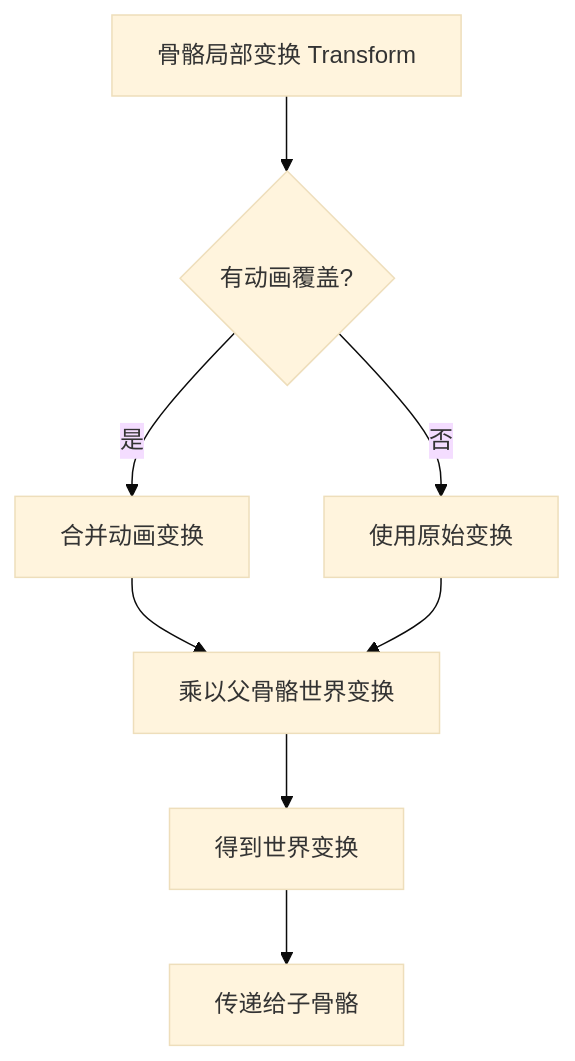
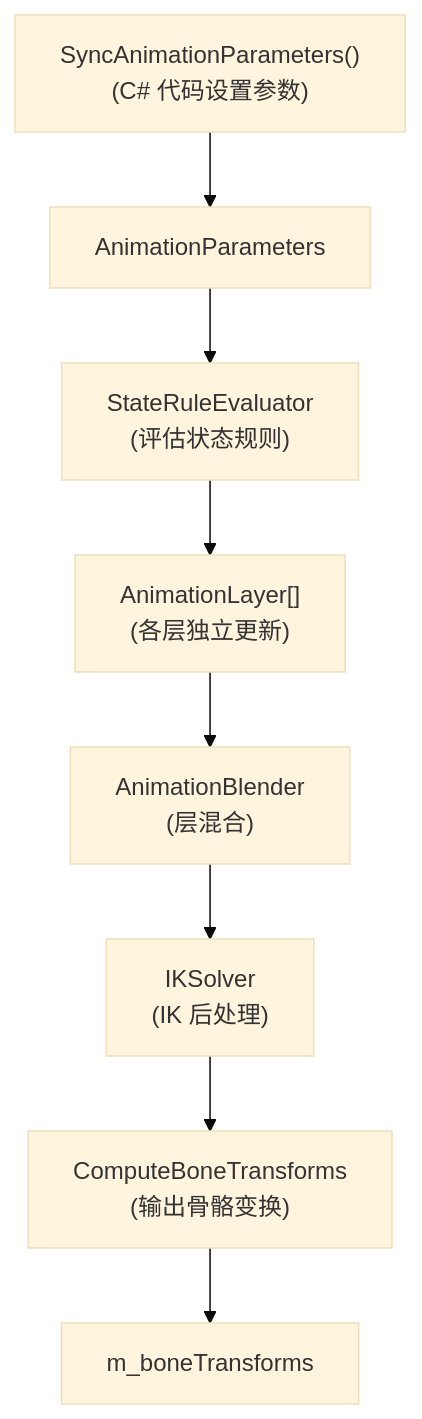
The fifth of 8 diagrams in docs/CreatureModelSystem.md (YYLMZXC/SurvivalCraftAPI), drawn with Mermaid (base theme) before and after one commit. The commit also changed other lines of this file and 3 other files, not shown here.

````diff
--- a/docs/CreatureModelSystem.md
+++ b/docs/CreatureModelSystem.md
@@ -471,10 +552,10 @@
 ```mermaid
 flowchart TD
-    A[骨骼局部变换 Transform] --> B{有动画覆盖?}
-    B -- 是 --> C[合并动画变换]
-    B -- 否 --> D[使用原始变换]
-    C --> E[乘以父骨骼世界变换]
-    D --> E
-    E --> F[得到世界变换]
-    F --> G[传递给子骨骼]
+    A["SyncAnimationParameters()<br/>(C# 代码设置参数)"] --> B["AnimationParameters"]
+    B --> C["StateRuleEvaluator<br/>(评估状态规则)"]
+    C --> D["AnimationLayer[]<br/>(各层独立更新)"]
+    D --> E["AnimationBlender<br/>(层混合)"]
+    E --> F["IKSolver<br/>(IK 后处理)"]
+    F --> G["ComputeBoneTransforms<br/>(输出骨骼变换)"]
+    G --> H["m_boneTransforms"]
 ```
````
